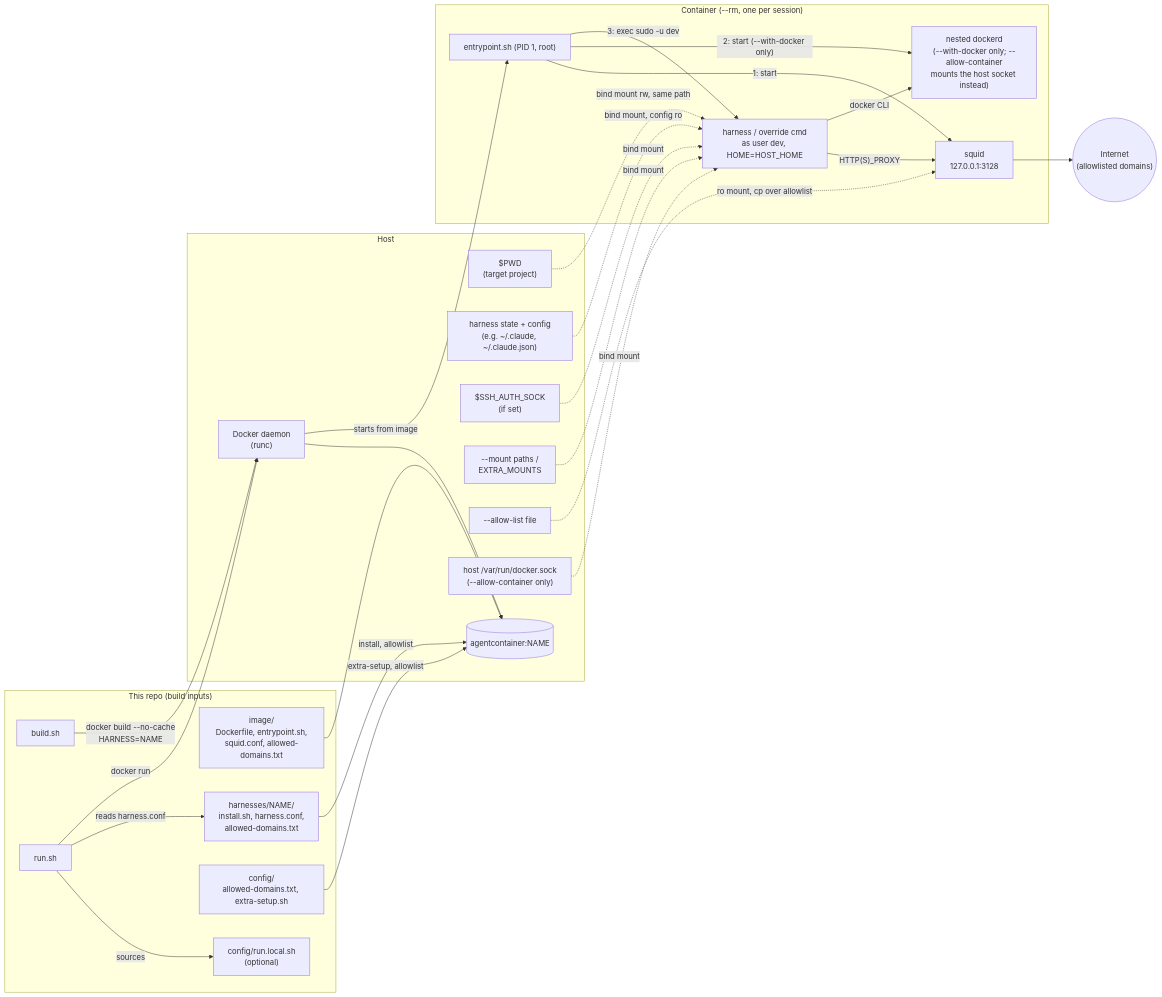
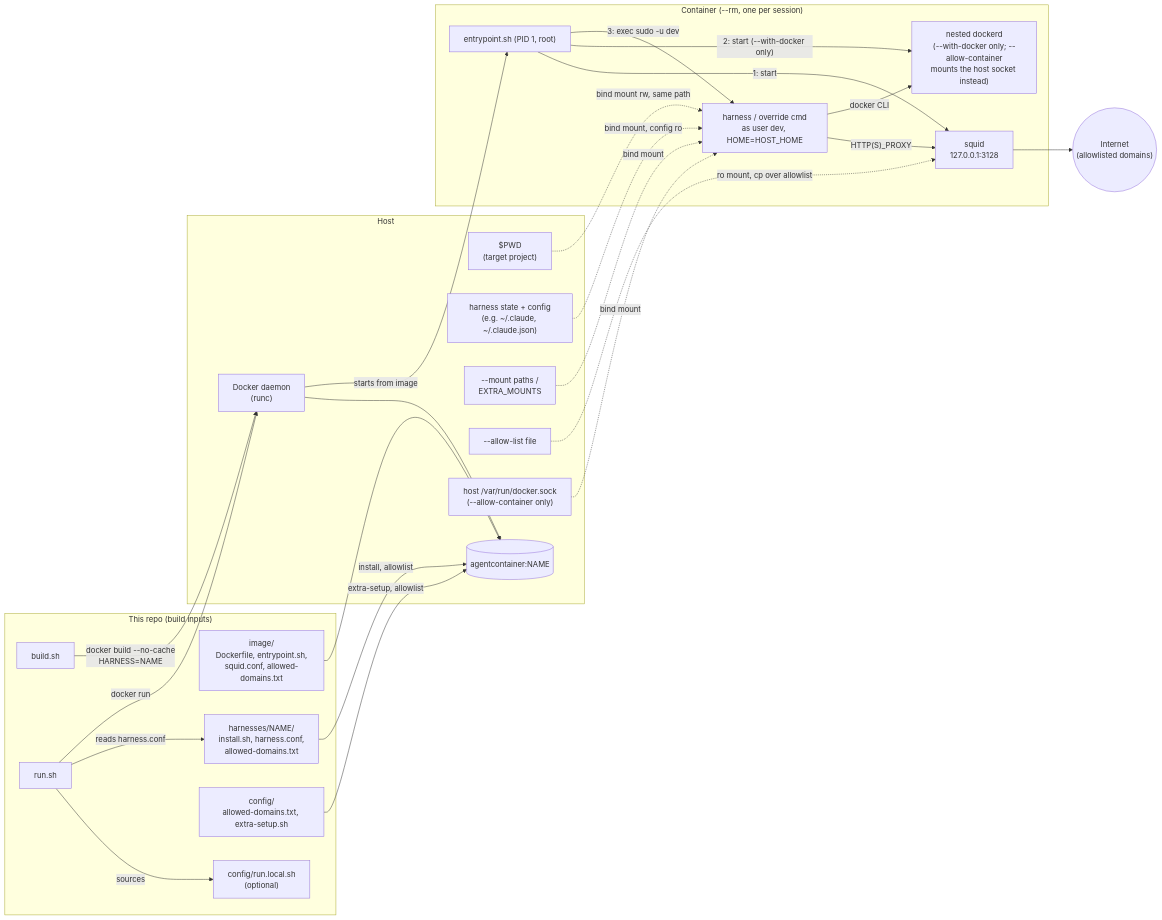
The diagram in README.md (WildDogOne/Agent-Container), drawn with Mermaid before and after one commit. The commit also changed other lines of this file and 8 other files, not shown here.

````diff
--- a/README.md
+++ b/README.md
@@ -196,54 +195,52 @@
 ```mermaid
 flowchart LR
     subgraph repo["This repo (build inputs)"]
         buildsh["build.sh"]
         image_dir["image/<br/>Dockerfile, entrypoint.sh,<br/>squid.conf, allowed-domains.txt"]
         harness_dir["harnesses/NAME/<br/>install.sh, harness.conf,<br/>allowed-domains.txt"]
         config_dir["config/<br/>allowed-domains.txt, extra-setup.sh"]
         runsh["run.sh"]
         runlocal["config/run.local.sh<br/>(optional)"]
     end
 
     subgraph host["Host"]
         pwd["$PWD<br/>(target project)"]
         harnesscfg["harness state + config<br/>(e.g. ~/.claude, ~/.claude.json)"]
-        ssh["$SSH_AUTH_SOCK<br/>(if set)"]
         extramounts["--mount paths /<br/>EXTRA_MOUNTS"]
         allowoverride["--allow-list file"]
         hostsock["host /var/run/docker.sock<br/>(--allow-container only)"]
         dockerd_host["Docker daemon<br/>(runc)"]
         image[("agentcontainer:NAME")]
     end
 
     subgraph ctr["Container (--rm, one per session)"]
         pid1["entrypoint.sh (PID 1, root)"]
         squid["squid<br/>127.0.0.1:3128"]
         innerdockerd["nested dockerd<br/>(--with-docker only; --allow-container<br/>mounts the host socket instead)"]
         devcmd["harness / override cmd<br/>as user dev, HOME=HOST_HOME"]
     end
 
     internet(("Internet<br/>(allowlisted domains)"))
 %% build time
     buildsh -- " docker build --no-cache<br/>HARNESS=NAME " --> dockerd_host
     image_dir --> image
     harness_dir -- " install, allowlist " --> image
     config_dir -- " extra-setup, allowlist " --> image
     dockerd_host --> image
 %% run time
     runsh -- sources --> runlocal
     runsh -- " reads harness.conf " --> harness_dir
     runsh -- " docker run " --> dockerd_host
     dockerd_host -- " starts from image " --> pid1
     pwd -. " bind mount rw, same path " .-> devcmd
     harnesscfg -. " bind mount, config ro " .-> devcmd
-    ssh -. " bind mount " .-> devcmd
     extramounts -. " bind mount " .-> devcmd
     allowoverride -. " ro mount, cp over allowlist " .-> squid
     hostsock -. " bind mount " .-> devcmd
     pid1 -- " 1: start " --> squid
     pid1 -- " 2: start (--with-docker only) " --> innerdockerd
     pid1 -- " 3: exec sudo -u dev " --> devcmd
     devcmd -- " HTTP(S)_PROXY " --> squid
     devcmd -- " docker CLI " --> innerdockerd
     squid --> internet
 ```
````
